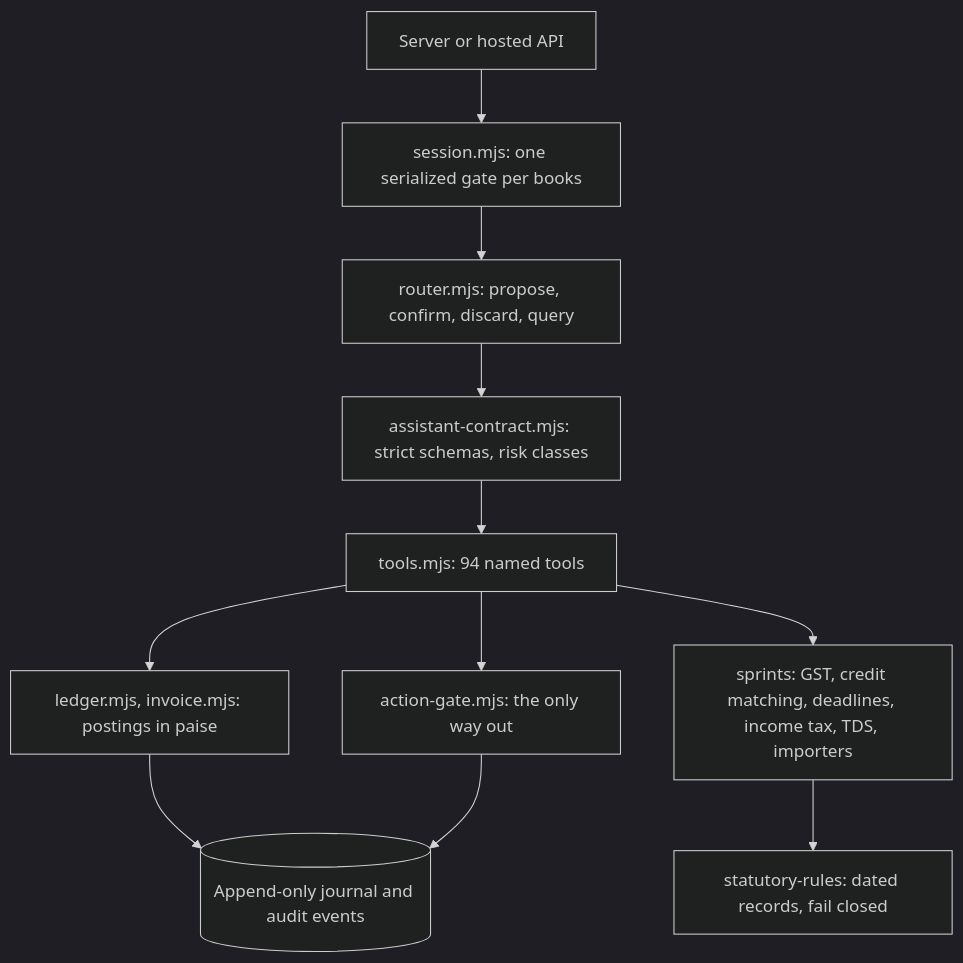
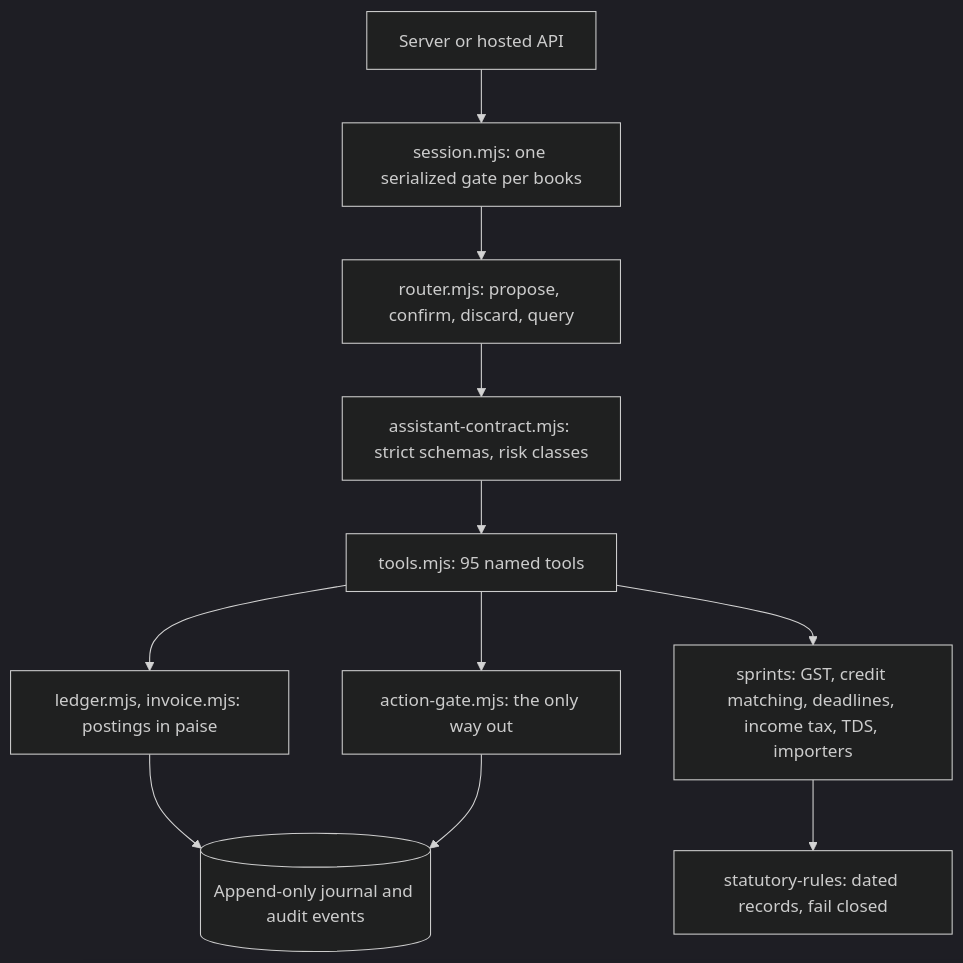
One commit to Vidyuthlabstechnologies/myca changed the second of 3 diagrams in docs/architecture/ARCHITECTURE.md. Above: the diagram before and after it, drawn with Mermaid (dark theme). The commit also changed other lines of this file and 12 other files, not shown here.

````diff
--- a/docs/architecture/ARCHITECTURE.md
+++ b/docs/architecture/ARCHITECTURE.md
@@ -56,13 +56,13 @@
 ```mermaid
 flowchart TD
   caller[Server or hosted API] --> session[session.mjs: one serialized gate per books]
   session --> router[router.mjs: propose, confirm, discard, query]
   router --> contract[assistant-contract.mjs: strict schemas, risk classes]
-  contract --> tools[tools.mjs: 94 named tools]
+  contract --> tools[tools.mjs: 95 named tools]
   tools --> ledger[ledger.mjs, invoice.mjs: postings in paise]
   tools --> engines[sprints: GST, credit matching, deadlines, income tax, TDS, importers]
   tools --> gate[action-gate.mjs: the only way out]
   engines --> rules[statutory-rules: dated records, fail closed]
   ledger --> journal[(Append-only journal and audit events)]
   gate --> journal
 ```
````
